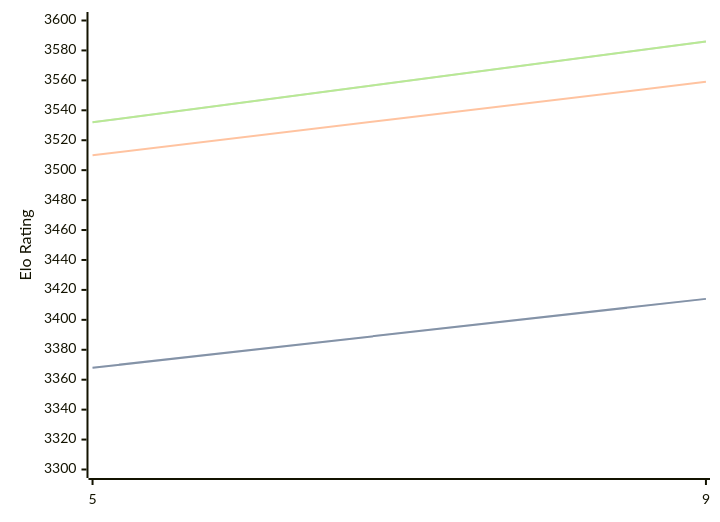
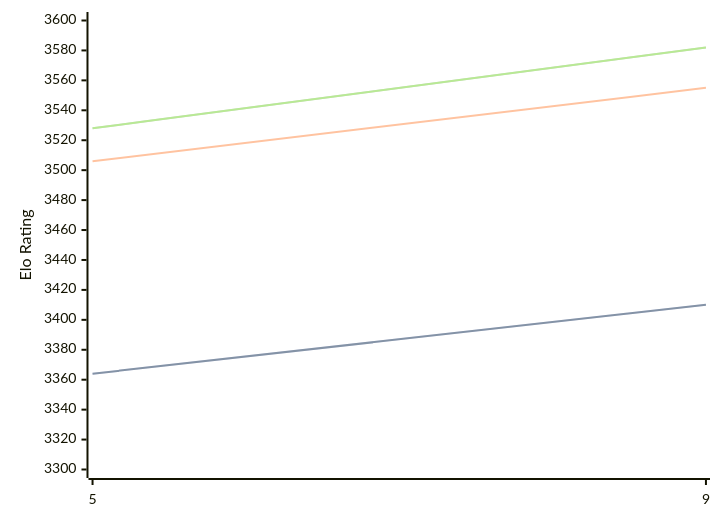
The third of 3 diagrams in engines/Crystal.md (computer-chess-index/cci), drawn with Mermaid before and after one commit. The commit also changed other lines of this file, not shown here.

Commit message:
Update CCI Ratings (ELO VLTC) - 2026-07-16

````diff
--- a/engines/Crystal.md
+++ b/engines/Crystal.md
@@ -93,11 +93,11 @@
 ```mermaid
 %%{init: {"theme":"base","themeVariables":{"seriesColors:['#a3a3a3','#222221','#faa371']}}}%%
 xychart-beta
   x-axis ["5", "9"]
   y-axis "Elo Rating" 3300 --> 3600
-  line "STC (8.0+0.08s)" [3368, 3414]
-  line "STC (8.0+0.08s)" [3368, 3414]
-  line "LTC (60.0+0.60s)" [3510, 3559]
-  line "VLTC (2m24s+1.12s)" [3532, 3586]
-  line "VLTC (2m24s+1.12s)" [3532, 3586]
+  line "STC (8.0+0.08s)" [3364, 3410]
+  line "STC (8.0+0.08s)" [3364, 3410]
+  line "LTC (60.0+0.60s)" [3506, 3555]
+  line "VLTC (2m24s+1.12s)" [3528, 3582]
+  line "VLTC (2m24s+1.12s)" [3528, 3582]
 ```
````
